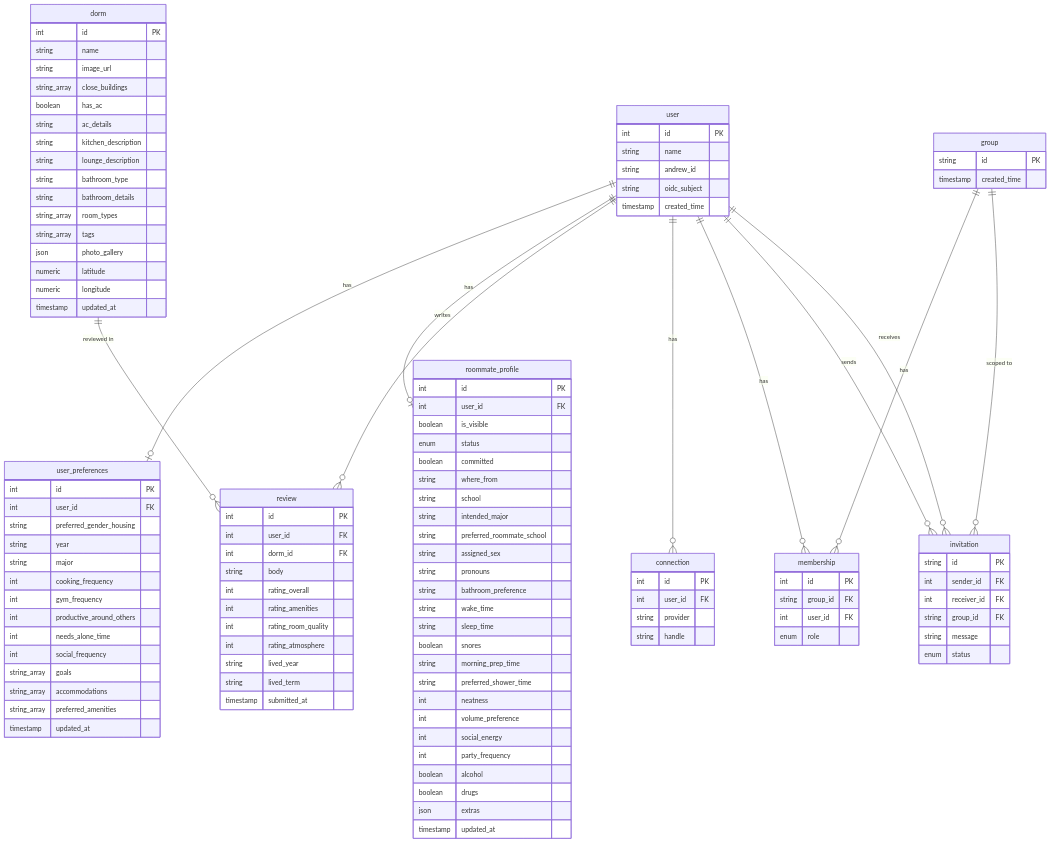
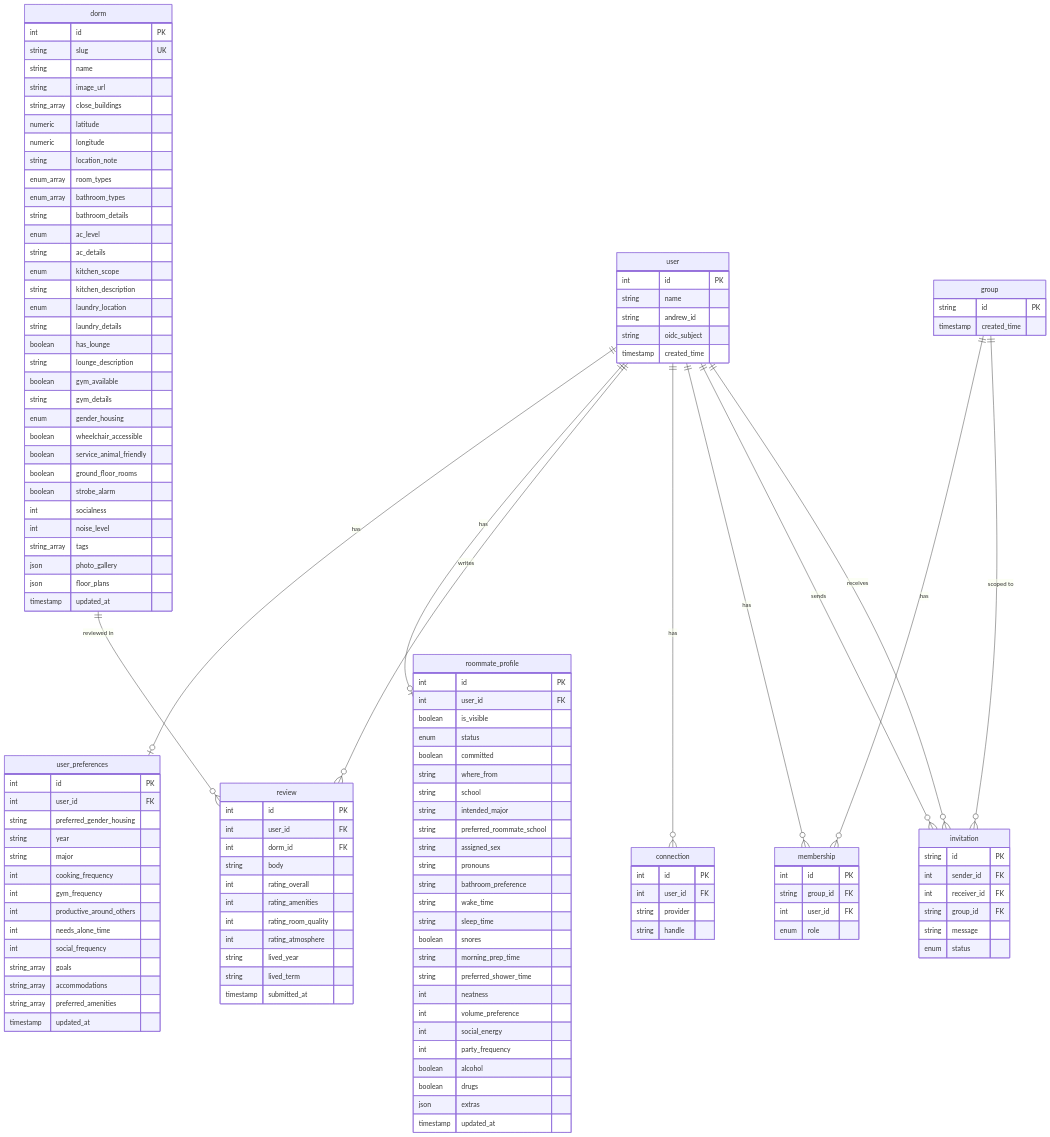
The diagram in docs/database-schema.md (ScottyLabs/housing), drawn with Mermaid before and after one commit. The commit also changed other lines of this file and 10 other files, not shown here.

```diff
--- a/docs/database-schema.md
+++ b/docs/database-schema.md
@@ -62,20 +62,36 @@
     }
     dorm {
         int id PK
+        string slug UK
         string name
         string image_url
         string_array close_buildings
-        boolean has_ac
+        numeric latitude
+        numeric longitude
+        string location_note
+        enum_array room_types
+        enum_array bathroom_types
+        string bathroom_details
+        enum ac_level
         string ac_details
+        enum kitchen_scope
         string kitchen_description
+        enum laundry_location
+        string laundry_details
+        boolean has_lounge
         string lounge_description
-        string bathroom_type
-        string bathroom_details
-        string_array room_types
+        boolean gym_available
+        string gym_details
+        enum gender_housing
+        boolean wheelchair_accessible
+        boolean service_animal_friendly
+        boolean ground_floor_rooms
+        boolean strobe_alarm
+        int socialness
+        int noise_level
         string_array tags
         json photo_gallery
-        numeric latitude
-        numeric longitude
+        json floor_plans
         timestamp updated_at
     }
     review {
```
